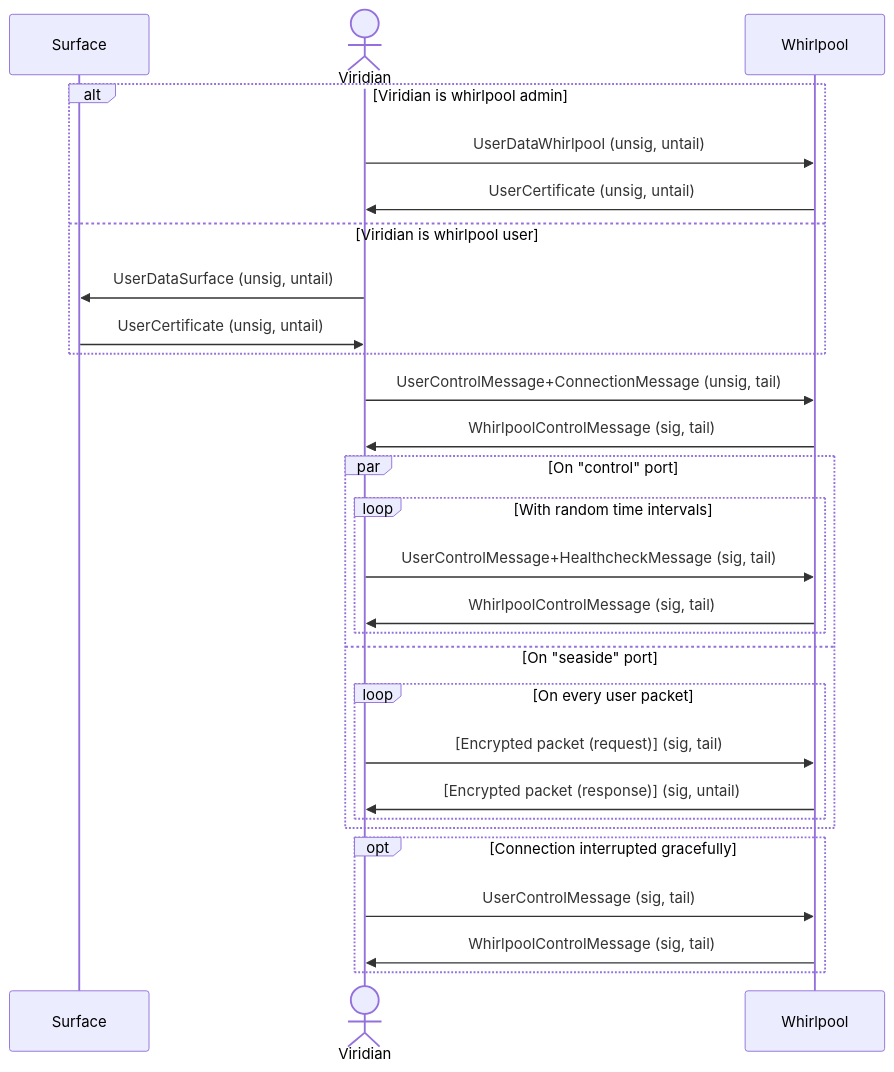
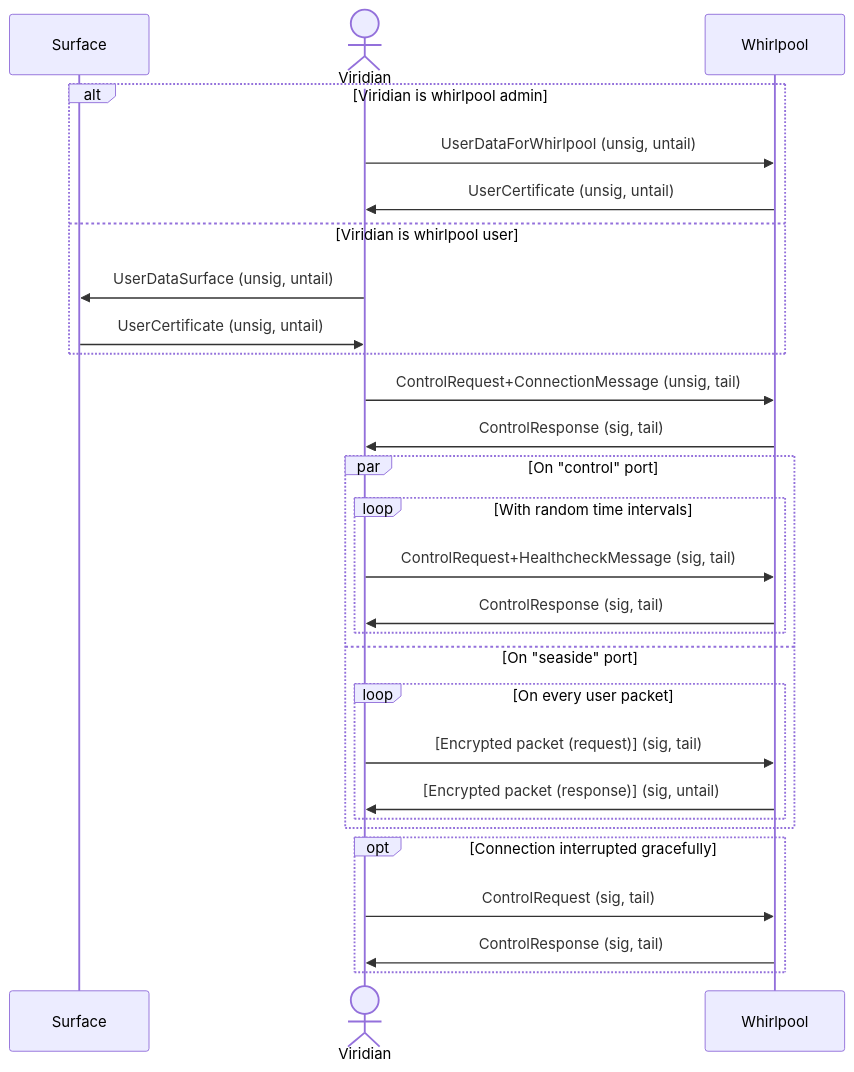
Before and after one commit to pseusys/SeasideVPN: the second of 2 diagrams in README.md, drawn with Mermaid. The commit also changed 8 other files, not shown here.

````diff
--- a/README.md
+++ b/README.md
@@ -149,34 +149,34 @@
 ```mermaid
 sequenceDiagram
   participant S as Surface
   actor V as Viridian
   participant W as Whirlpool
 
   alt Viridian is whirlpool admin
-    V ->> W: UserDataWhirlpool (unsig, untail)
+    V ->> W: UserDataForWhirlpool (unsig, untail)
     W ->> V: UserCertificate (unsig, untail)
   else Viridian is whirlpool user
     V ->> S: UserDataSurface (unsig, untail)
     S ->> V: UserCertificate (unsig, untail)
   end
 
-  V ->> W: UserControlMessage+ConnectionMessage (unsig, tail)
-  W ->> V: WhirlpoolControlMessage (sig, tail)
+  V ->> W: ControlRequest+ConnectionMessage (unsig, tail)
+  W ->> V: ControlResponse (sig, tail)
 
   par On "control" port
     loop With random time intervals
-      V ->> W: UserControlMessage+HealthcheckMessage (sig, tail)
-      W ->> V: WhirlpoolControlMessage (sig, tail)
+      V ->> W: ControlRequest+HealthcheckMessage (sig, tail)
+      W ->> V: ControlResponse (sig, tail)
     end
   and On "seaside" port
     loop On every user packet
       V ->> W: [Encrypted packet (request)] (sig, tail)
       W ->> V: [Encrypted packet (response)] (sig, untail)
     end
   end
 
   opt Connection interrupted gracefully
-    V ->> W: UserControlMessage (sig, tail)
-    W ->> V: WhirlpoolControlMessage (sig, tail)
+    V ->> W: ControlRequest (sig, tail)
+    W ->> V: ControlResponse (sig, tail)
   end
 ```
````
